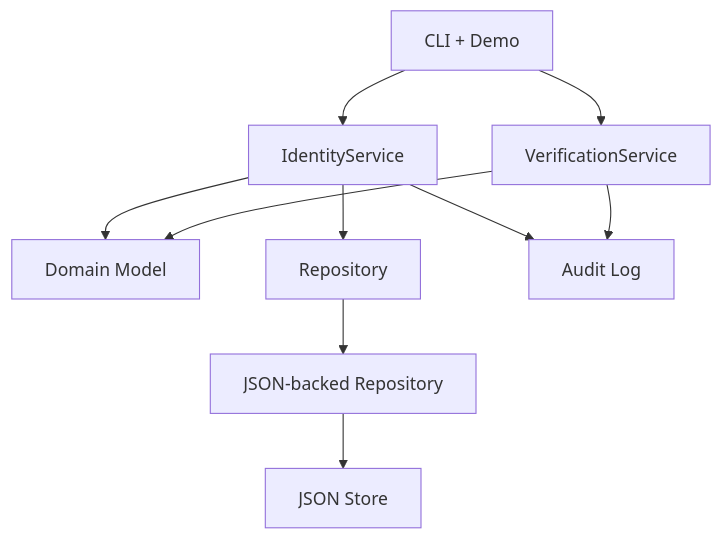
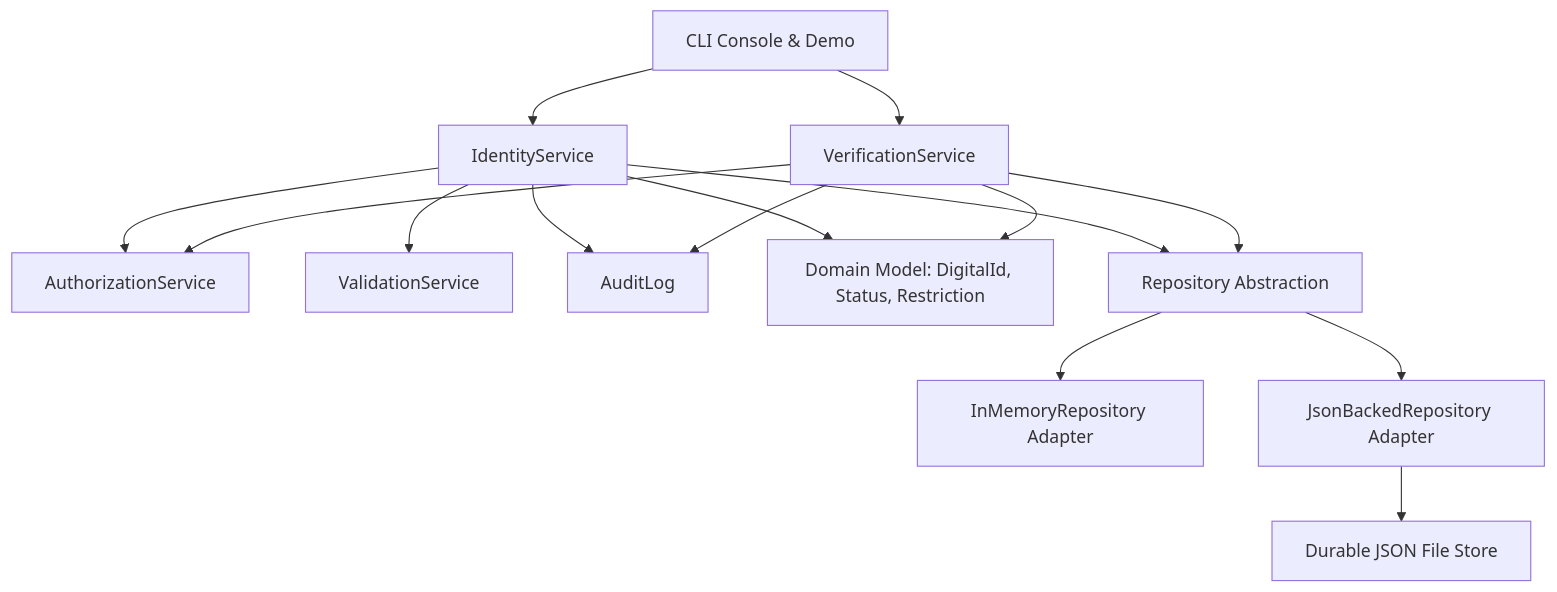
One commit to Shrey-Jaiswal/Python-Individual-Coursework changed the second of 2 diagrams in README.md. Above: the diagram before and after it, drawn with Mermaid. The commit also changed other lines of this file and 2 other files, not shown here.

````diff
--- a/README.md
+++ b/README.md
@@ -74,12 +126,22 @@
 ```mermaid
 graph TD
-	CLI[CLI + Demo] --> IdentitySvc[IdentityService]
-	CLI --> VerifySvc[VerificationService]
-	IdentitySvc --> Domain[Domain Model]
-	VerifySvc --> Domain
-	IdentitySvc --> Repo[Repository]
-	Repo --> JsonRepo[JSON-backed Repository]
-	JsonRepo --> JsonStore[JSON Store]
-	IdentitySvc --> Audit[Audit Log]
-	VerifySvc --> Audit
+    CLI[CLI Console & Demo] --> IdentitySvc[IdentityService]
+    CLI --> VerifySvc[VerificationService]
+    
+    IdentitySvc --> AuthSvc[AuthorizationService]
+    IdentitySvc --> ValSvc[ValidationService]
+    IdentitySvc --> Audit[AuditLog]
+    
+    VerifySvc --> AuthSvc
+    VerifySvc --> Audit
+    
+    IdentitySvc --> Domain[Domain Model: DigitalId, Status, Restriction]
+    VerifySvc --> Domain
+    
+    IdentitySvc --> Repo[Repository Abstraction]
+    VerifySvc --> Repo
+    
+    Repo --> InMemoryRepo[InMemoryRepository Adapter]
+    Repo --> JsonRepo[JsonBackedRepository Adapter]
+    JsonRepo --> JsonStore[Durable JSON File Store]
 ```
````
